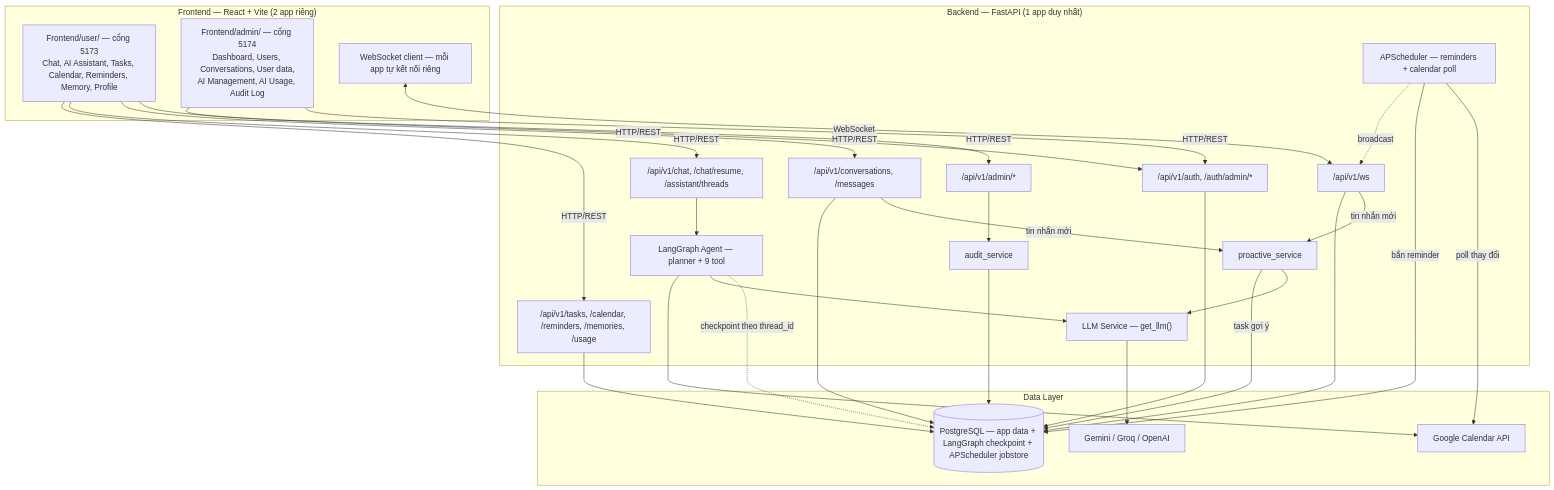
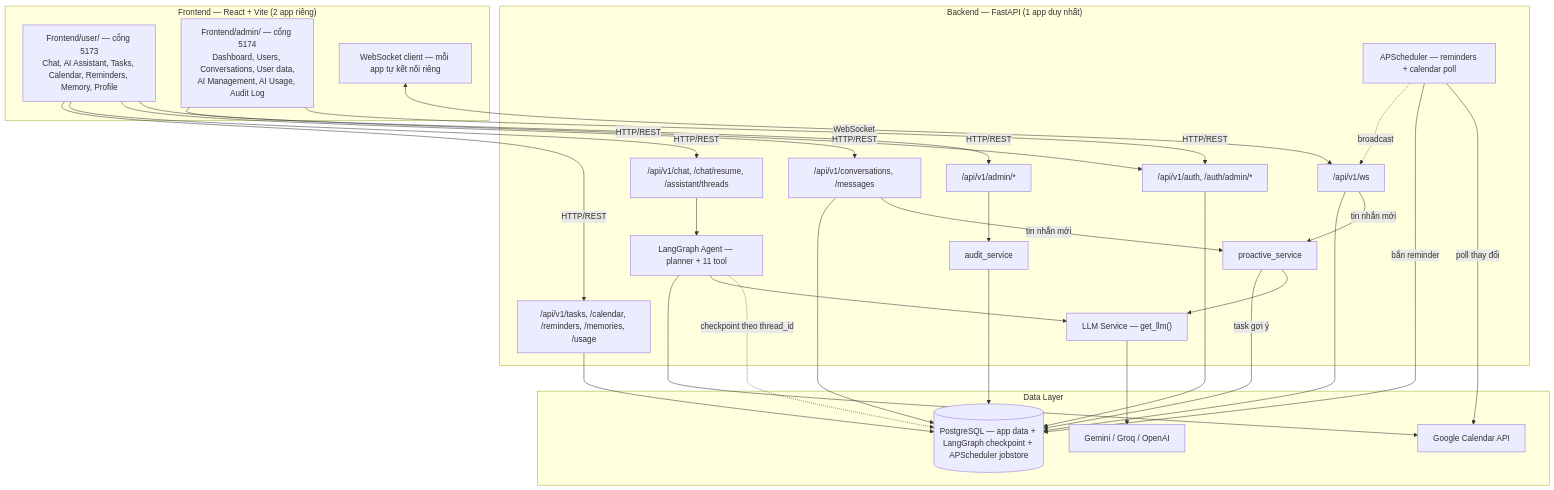
One commit to vanTanIsReal/copy_build_phase changed the first of 2 diagrams in docs/architecture_diagram.md. Above: the diagram before and after it, drawn with Mermaid. The commit also changed 15 other files, not shown here.

````diff
--- a/docs/architecture_diagram.md
+++ b/docs/architecture_diagram.md
@@ -9,56 +9,56 @@
 ```mermaid
 graph TB
     subgraph Frontend["Frontend — React + Vite (2 app riêng)"]
         UserApp["Frontend/user/ — cổng 5173<br/>Chat, AI Assistant, Tasks, Calendar, Reminders, Memory, Profile"]
         AdminApp["Frontend/admin/ — cổng 5174<br/>Dashboard, Users, Conversations, User data,<br/>AI Management, AI Usage, Audit Log"]
         WSClient[WebSocket client — mỗi app tự kết nối riêng]
     end
 
     subgraph Backend["Backend — FastAPI (1 app duy nhất)"]
         AuthAPI["/api/v1/auth, /auth/admin/*"]
         ChatAPI["/api/v1/conversations, /messages"]
         AdminAPI["/api/v1/admin/*"]
         AgentAPI["/api/v1/chat, /chat/resume, /assistant/threads"]
         DataAPI["/api/v1/tasks, /calendar, /reminders, /memories, /usage"]
         WS["/api/v1/ws"]
-        Agent["LangGraph Agent — planner + 9 tool"]
+        Agent["LangGraph Agent — planner + 11 tool"]
         LLM["LLM Service — get_llm()"]
         Scheduler["APScheduler — reminders + calendar poll"]
         Proactive[proactive_service]
         Audit[audit_service]
     end
 
     subgraph Data["Data Layer"]
         DB[(PostgreSQL — app data + LangGraph checkpoint + APScheduler jobstore)]
         Google[Google Calendar API]
         LLMProvider[Gemini / Groq / OpenAI]
     end
 
     UserApp -->|HTTP/REST| AuthAPI
     UserApp -->|HTTP/REST| ChatAPI
     UserApp -->|HTTP/REST| AgentAPI
     UserApp -->|HTTP/REST| DataAPI
     AdminApp -->|HTTP/REST| AuthAPI
     AdminApp -->|HTTP/REST| AdminAPI
     WSClient <-->|WebSocket| WS
 
     AgentAPI --> Agent
     Agent -.->|checkpoint theo thread_id| DB
     Agent --> LLM --> LLMProvider
     Agent --> Google
 
     ChatAPI -->|tin nhắn mới| Proactive
     WS -->|tin nhắn mới| Proactive
     Proactive --> LLM
     Proactive -->|task gợi ý| DB
 
     Scheduler -->|poll thay đổi| Google
     Scheduler -->|bắn reminder| DB
     Scheduler -.->|broadcast| WS
 
     AdminAPI --> Audit --> DB
     AuthAPI --> DB
     ChatAPI --> DB
     DataAPI --> DB
     WS --> DB
 ```
````
